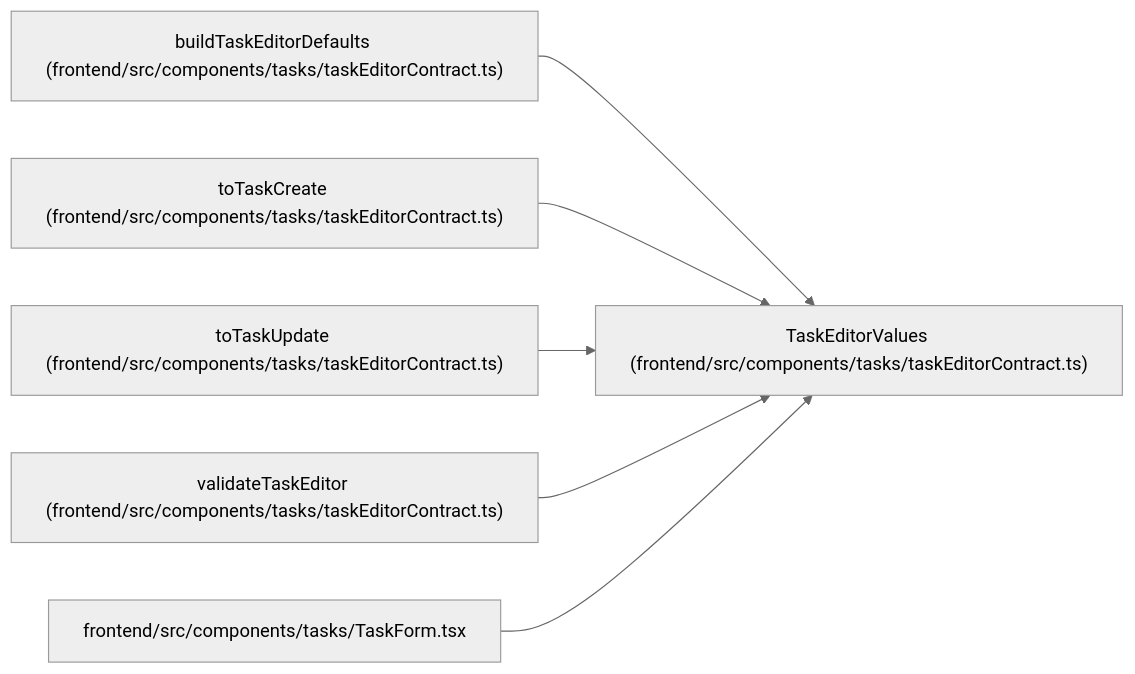
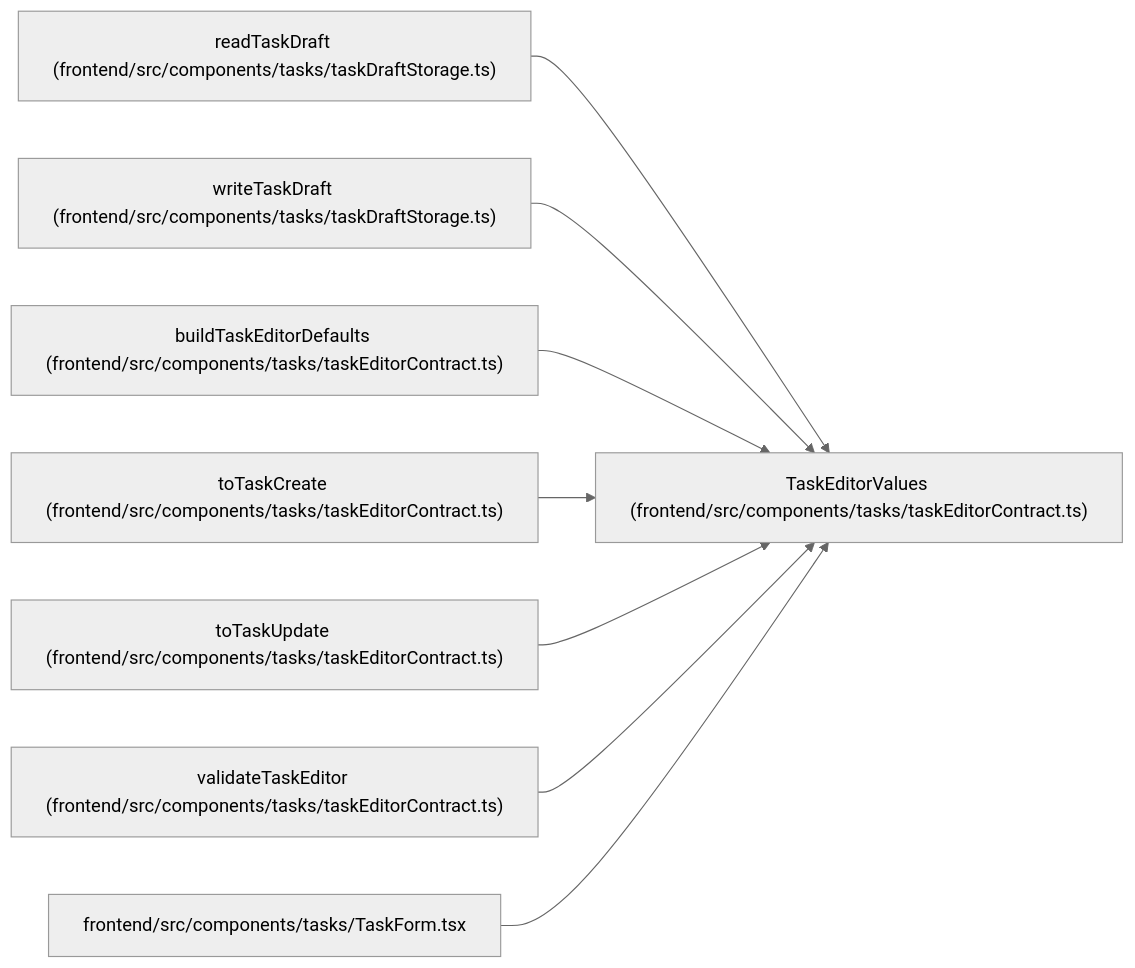
The diagram in docs/llm_wiki/entities/TaskEditorValues.md (Denissvgn/WorkChord), drawn with Mermaid (neutral theme) before and after one commit. The commit also changed other lines of this file and 958 other files, not shown here.

First line of the commit message:
docs(wiki): refresh identity and recovery architecture

````diff
--- a/docs/llm_wiki/entities/TaskEditorValues.md
+++ b/docs/llm_wiki/entities/TaskEditorValues.md
@@ -44,20 +44,26 @@
 ```mermaid
 flowchart LR
     n0["TaskEditorValues (frontend/src/components/tasks/taskEditorContract.ts)"]
-    n1["buildTaskEditorDefaults (frontend/src/components/tasks/taskEditorContract.ts)"]
-    n2["toTaskCreate (frontend/src/components/tasks/taskEditorContract.ts)"]
-    n3["toTaskUpdate (frontend/src/components/tasks/taskEditorContract.ts)"]
-    n4["validateTaskEditor (frontend/src/components/tasks/taskEditorContract.ts)"]
-    n5["frontend/src/components/tasks/TaskForm.tsx"]
+    n1["readTaskDraft (frontend/src/components/tasks/taskDraftStorage.ts)"]
+    n2["writeTaskDraft (frontend/src/components/tasks/taskDraftStorage.ts)"]
+    n3["buildTaskEditorDefaults (frontend/src/components/tasks/taskEditorContract.ts)"]
+    n4["toTaskCreate (frontend/src/components/tasks/taskEditorContract.ts)"]
+    n5["toTaskUpdate (frontend/src/components/tasks/taskEditorContract.ts)"]
+    n6["validateTaskEditor (frontend/src/components/tasks/taskEditorContract.ts)"]
+    n7["frontend/src/components/tasks/TaskForm.tsx"]
     n1 --> n0
     n2 --> n0
     n3 --> n0
     n4 --> n0
     n5 --> n0
+    n6 --> n0
+    n7 --> n0
     click n0 "../modules/taskEditorContract.md"
-    click n1 "../modules/taskEditorContract.md"
-    click n2 "../modules/taskEditorContract.md"
+    click n1 "../modules/taskDraftStorage.md"
+    click n2 "../modules/taskDraftStorage.md"
     click n3 "../modules/taskEditorContract.md"
     click n4 "../modules/taskEditorContract.md"
-    click n5 "../modules/TaskForm.md"
+    click n5 "../modules/taskEditorContract.md"
+    click n6 "../modules/taskEditorContract.md"
+    click n7 "../modules/TaskForm.md"
 ```
````
